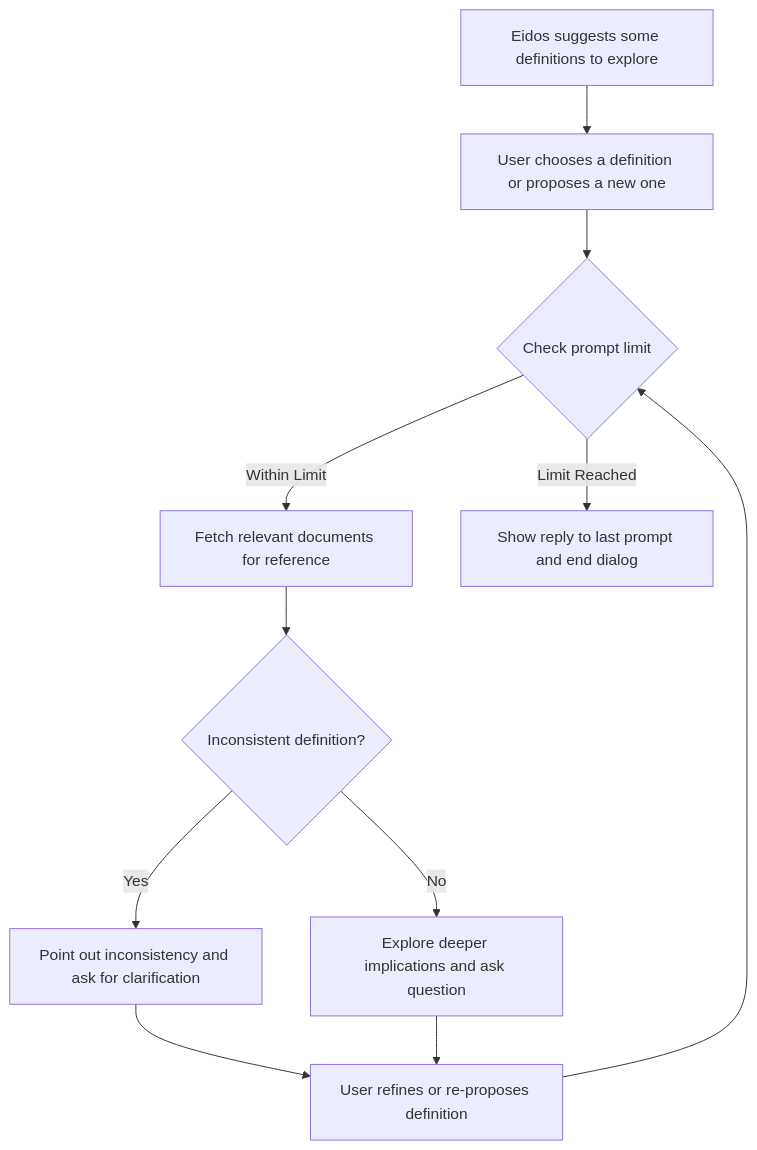
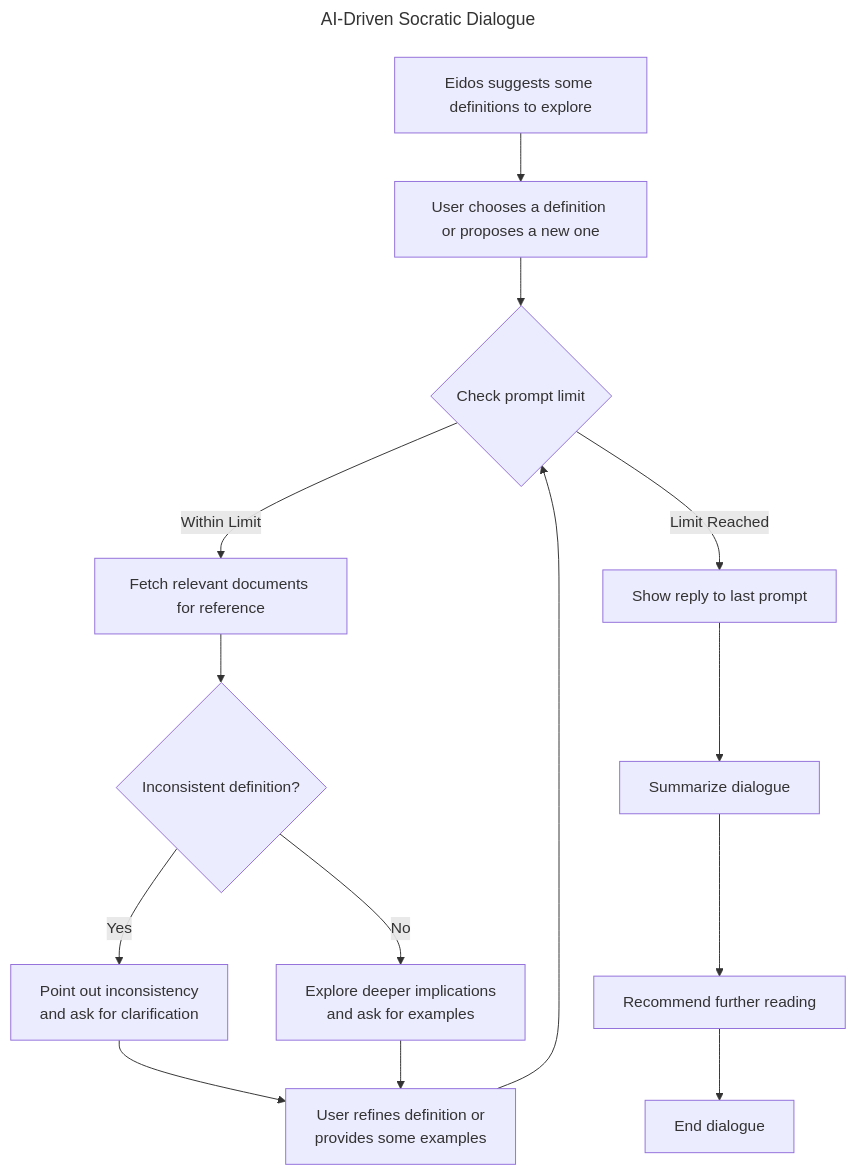
One commit to rixmape/eidos changed the diagram in README.md. Above: the diagram before and after it, drawn with Mermaid.

Commit message:
Update diagram to limit prompts and fetch docs

````diff
--- a/README.md
+++ b/README.md
@@ -5,9 +5,23 @@
 ```mermaid
+---
+title: AI-Driven Socratic Dialogue
+
+---
 flowchart TD
-    A[Eidos suggests some definitions to explore] --> B[User chooses a definition or proposes a new one] --> C{Check prompt limit}
-    C -- Within Limit --> D[Fetch relevant documents for reference] --> E{Inconsistent definition?}
-    E -- Yes --> F[Point out inconsistency and ask for clarification]
-    F --> G[User refines or re-proposes definition] --> C
-    E -- No --> H[Explore deeper implications and ask question] --> G
-    C -- Limit Reached --> I[Show reply to last prompt and end dialog]
+    A[Eidos suggests some definitions to explore] --> B[User chooses a definition or proposes a new one]
+    B --> C{Check prompt limit}
+    C -- Within Limit --> D[Fetch relevant documents for reference]
+    D --> E{Inconsistent definition?}
+    E -- Yes --> F[Point out inconsistency
+    and ask for clarification]
+    F --> G[User refines definition or
+    provides some examples]
+    G --> C
+    E -- No --> H[Explore deeper implications
+    and ask for examples]
+    H --> G
+    C -- Limit Reached --> I[Show reply to last prompt]
+    I --> J[Summarize dialogue]
+    J --> K[Recommend further reading]
+    K --> Z[End dialogue]
 ```
````
